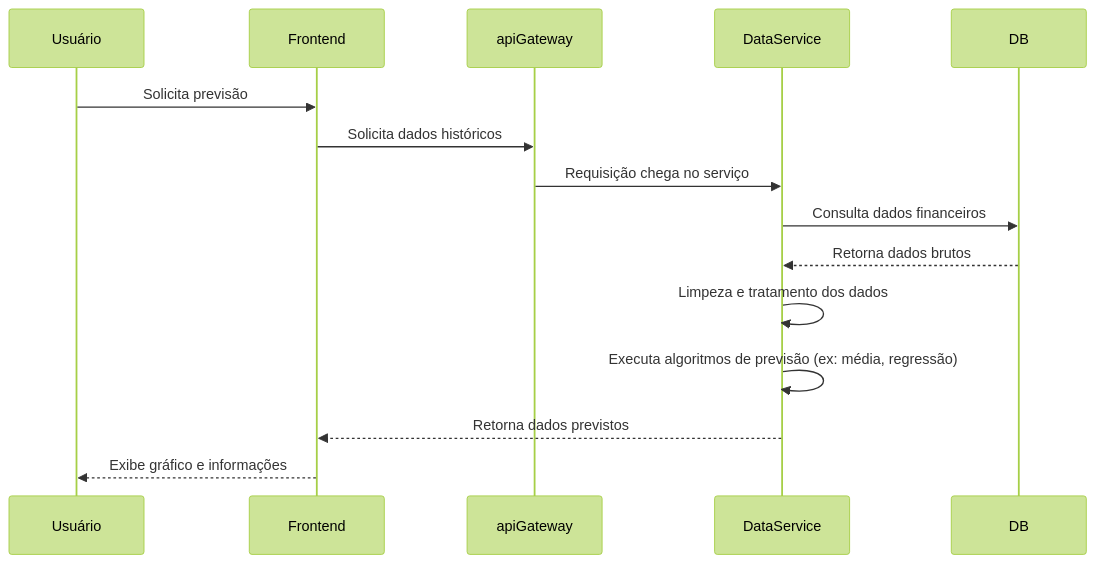
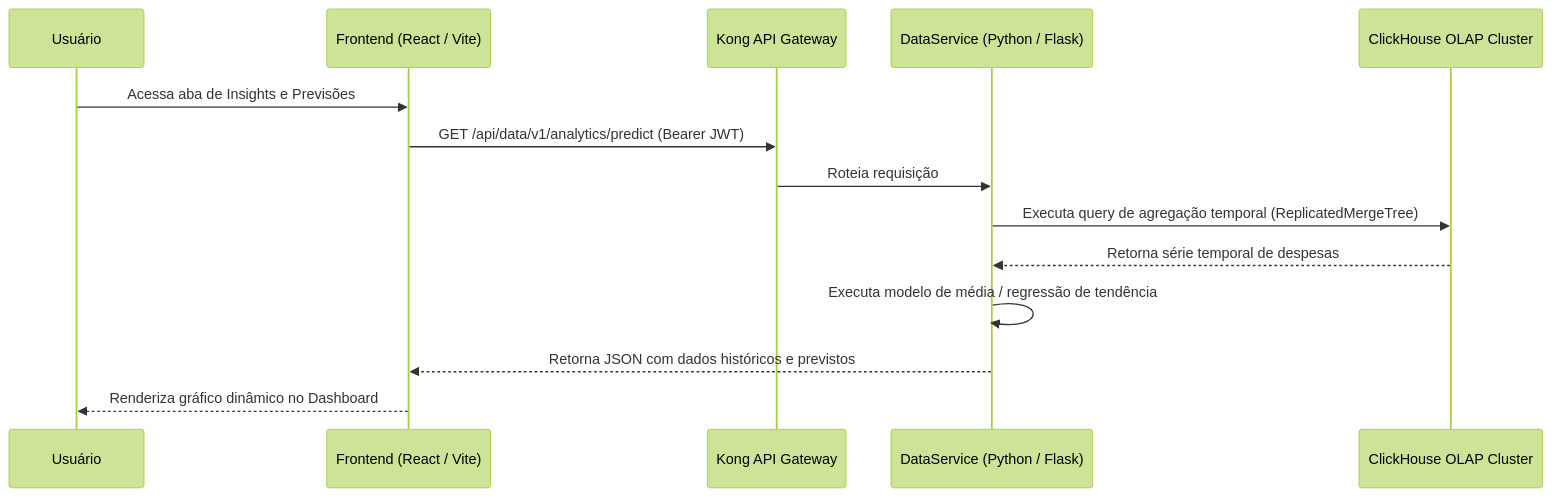
Before and after one commit to pedrovtof/Nievo-easy-fin: the third of 5 diagrams in docs/config/docs/content/FluxosNegocio/about.md, drawn with Mermaid (forest theme). The commit also changed other lines of this file and 17 other files, not shown here.

````diff
--- a/docs/config/docs/content/FluxosNegocio/about.md
+++ b/docs/config/docs/content/FluxosNegocio/about.md
@@ -117,20 +112,17 @@
 ```mermaid
- sequenceDiagram
-    participant Usuário
-    participant Frontend
-    participant apiGateway
-    participant DataService
-    participant DB
+sequenceDiagram
+    participant Usuario as Usuário
+    participant Frontend as Frontend (React / Vite)
+    participant Kong as Kong API Gateway
+    participant DataService as DataService (Python / Flask)
+    participant ClickHouse as ClickHouse OLAP Cluster
 
-    Usuário->>Frontend: Solicita previsão
-    Frontend->>apiGateway:  Solicita dados históricos
-    apiGateway->>DataService: Requisição chega no serviço
-    DataService->>DB: Consulta dados financeiros
-    DB-->>DataService: Retorna dados brutos
-
-    DataService->>DataService: Limpeza e tratamento dos dados
-    DataService->>DataService: Executa algoritmos de previsão (ex: média, regressão)
-
-    DataService-->>Frontend: Retorna dados previstos
-    Frontend-->>Usuário: Exibe gráfico e informações
+    Usuario->>Frontend: Acessa aba de Insights e Previsões
+    Frontend->>Kong: GET /api/data/v1/analytics/predict (Bearer JWT)
+    Kong->>DataService: Roteia requisição
+    DataService->>ClickHouse: Executa query de agregação temporal (ReplicatedMergeTree)
+    ClickHouse-->>DataService: Retorna série temporal de despesas
+    DataService->>DataService: Executa modelo de média / regressão de tendência
+    DataService-->>Frontend: Retorna JSON com dados históricos e previstos
+    Frontend-->>Usuario: Renderiza gráfico dinâmico no Dashboard
 ```
````
